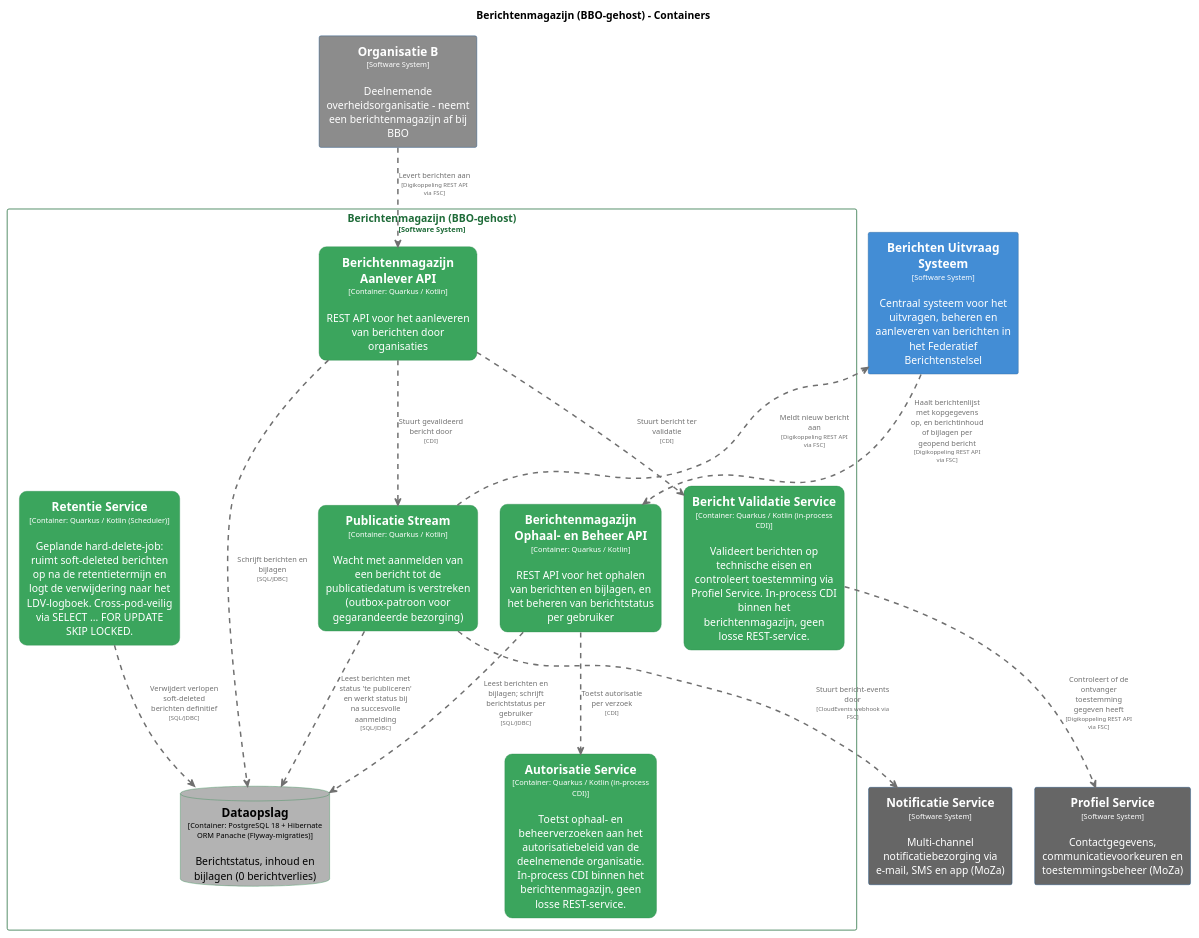
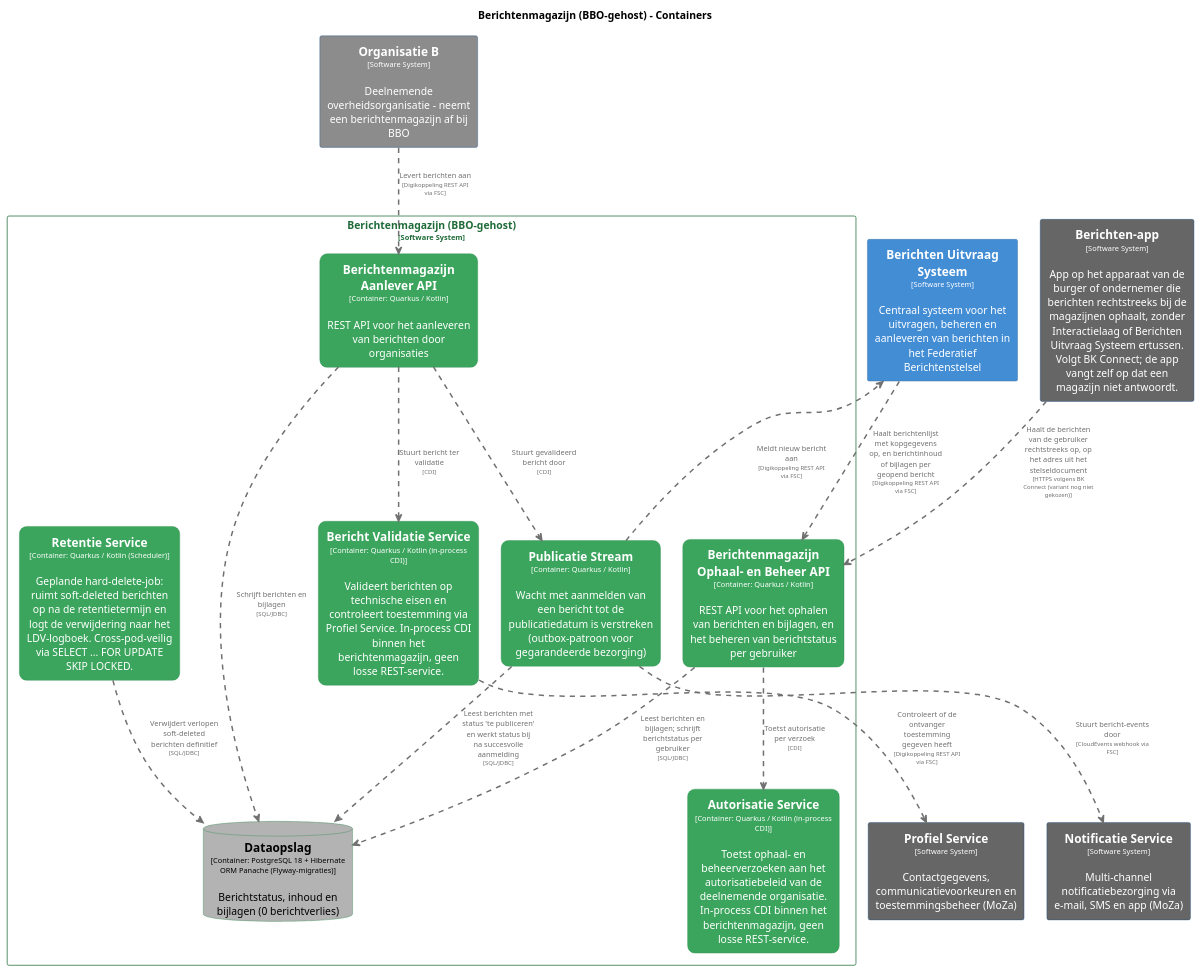
Before and after one commit to MinBZK/moza-poc-fbs-berichtenbox: the diagram in master/puml/BerichtenmagazijnContainers.puml, drawn with PlantUML. The commit also changed 84 other files, not shown here.

```diff
--- a/master/puml/BerichtenmagazijnContainers.puml
+++ b/master/puml/BerichtenmagazijnContainers.puml
@@ -1,123 +1,131 @@
 @startuml
 set separator none
 title Berichtenmagazijn (BBO-gehost) - Containers
 
 top to bottom direction
 skinparam ranksep 60
 skinparam nodesep 30
 
 skinparam {
   arrowFontSize 10
   defaultTextAlignment center
   wrapWidth 200
   maxMessageSize 100
 }
 
 hide stereotype
 
 skinparam rectangle<<BerichtenmagazijnBBOgehost.AutorisatieService>> {
   BackgroundColor #3ba55d
   FontColor #ffffff
   BorderColor #2d8a4e
   roundCorner 20
   shadowing false
 }
 skinparam rectangle<<BerichtenmagazijnBBOgehost.BerichtValidatieService>> {
   BackgroundColor #3ba55d
   FontColor #ffffff
   BorderColor #2d8a4e
   roundCorner 20
   shadowing false
 }
 skinparam rectangle<<BerichtenUitvraagSysteem>> {
   BackgroundColor #438dd5
   FontColor #ffffff
   BorderColor #2e6295
+  shadowing false
+}
+skinparam rectangle<<Berichtenapp>> {
+  BackgroundColor #666666
+  FontColor #ffffff
+  BorderColor #0b4884
   shadowing false
 }
 skinparam rectangle<<BerichtenmagazijnBBOgehost.BerichtenmagazijnAanleverAPI>> {
   BackgroundColor #3ba55d
   FontColor #ffffff
   BorderColor #2d8a4e
   roundCorner 20
   shadowing false
 }
 skinparam rectangle<<BerichtenmagazijnBBOgehost.BerichtenmagazijnOphaalenBeheerAPI>> {
   BackgroundColor #3ba55d
   FontColor #ffffff
   BorderColor #2d8a4e
   roundCorner 20
   shadowing false
 }
 skinparam database<<BerichtenmagazijnBBOgehost.Dataopslag>> {
   BackgroundColor #b3b3b3
   FontColor #000000
   BorderColor #2d8a4e
   shadowing false
 }
 skinparam rectangle<<NotificatieService>> {
   BackgroundColor #666666
   FontColor #ffffff
   BorderColor #0b4884
   shadowing false
 }
 skinparam rectangle<<OrganisatieB>> {
   BackgroundColor #8c8c8c
   FontColor #ffffff
   BorderColor #0b4884
   shadowing false
 }
 skinparam rectangle<<ProfielService>> {
   BackgroundColor #666666
   FontColor #ffffff
   BorderColor #0b4884
   shadowing false
 }
 skinparam rectangle<<BerichtenmagazijnBBOgehost.PublicatieStream>> {
   BackgroundColor #3ba55d
   FontColor #ffffff
   BorderColor #2d8a4e
   roundCorner 20
   shadowing false
 }
 skinparam rectangle<<BerichtenmagazijnBBOgehost.RetentieService>> {
   BackgroundColor #3ba55d
   FontColor #ffffff
   BorderColor #2d8a4e
   roundCorner 20
   shadowing false
 }
 skinparam rectangle<<BerichtenmagazijnBBOgehost>> {
   BorderColor #1e6b38
   FontColor #1e6b38
   shadowing false
 }
 
 rectangle "==Profiel Service\n<size:10>[Software System]</size>\n\nContactgegevens, communicatievoorkeuren en toestemmingsbeheer (MoZa)" <<ProfielService>> as ProfielService
 rectangle "==Notificatie Service\n<size:10>[Software System]</size>\n\nMulti-channel notificatiebezorging via e-mail, SMS en app (MoZa)" <<NotificatieService>> as NotificatieService
 rectangle "==Organisatie B\n<size:10>[Software System]</size>\n\nDeelnemende overheidsorganisatie - neemt een berichtenmagazijn af bij BBO" <<OrganisatieB>> as OrganisatieB
 rectangle "==Berichten Uitvraag Systeem\n<size:10>[Software System]</size>\n\nCentraal systeem voor het uitvragen, beheren en aanleveren van berichten in het Federatief Berichtenstelsel" <<BerichtenUitvraagSysteem>> as BerichtenUitvraagSysteem
+rectangle "==Berichten-app\n<size:10>[Software System]</size>\n\nApp op het apparaat van de burger of ondernemer die berichten rechtstreeks bij de magazijnen ophaalt, zonder Interactielaag of Berichten Uitvraag Systeem ertussen. Volgt BK Connect; de app vangt zelf op dat een magazijn niet antwoordt." <<Berichtenapp>> as Berichtenapp
 
 rectangle "Berichtenmagazijn (BBO-gehost)\n<size:10>[Software System]</size>" <<BerichtenmagazijnBBOgehost>> {
   rectangle "==Berichtenmagazijn Ophaal- en Beheer API\n<size:10>[Container: Quarkus / Kotlin]</size>\n\nREST API voor het ophalen van berichten en bijlagen, en het beheren van berichtstatus per gebruiker" <<BerichtenmagazijnBBOgehost.BerichtenmagazijnOphaalenBeheerAPI>> as BerichtenmagazijnBBOgehost.BerichtenmagazijnOphaalenBeheerAPI
   rectangle "==Berichtenmagazijn Aanlever API\n<size:10>[Container: Quarkus / Kotlin]</size>\n\nREST API voor het aanleveren van berichten door organisaties" <<BerichtenmagazijnBBOgehost.BerichtenmagazijnAanleverAPI>> as BerichtenmagazijnBBOgehost.BerichtenmagazijnAanleverAPI
   database "==Dataopslag\n<size:10>[Container: PostgreSQL 18 + Hibernate ORM Panache (Flyway-migraties)]</size>\n\nBerichtstatus, inhoud en bijlagen (0 berichtverlies)" <<BerichtenmagazijnBBOgehost.Dataopslag>> as BerichtenmagazijnBBOgehost.Dataopslag
   rectangle "==Bericht Validatie Service\n<size:10>[Container: Quarkus / Kotlin (in-process CDI)]</size>\n\nValideert berichten op technische eisen en controleert toestemming via Profiel Service. In-process CDI binnen het berichtenmagazijn, geen losse REST-service." <<BerichtenmagazijnBBOgehost.BerichtValidatieService>> as BerichtenmagazijnBBOgehost.BerichtValidatieService
   rectangle "==Publicatie Stream\n<size:10>[Container: Quarkus / Kotlin]</size>\n\nWacht met aanmelden van een bericht tot de publicatiedatum is verstreken (outbox-patroon voor gegarandeerde bezorging)" <<BerichtenmagazijnBBOgehost.PublicatieStream>> as BerichtenmagazijnBBOgehost.PublicatieStream
   rectangle "==Autorisatie Service\n<size:10>[Container: Quarkus / Kotlin (in-process CDI)]</size>\n\nToetst ophaal- en beheerverzoeken aan het autorisatiebeleid van de deelnemende organisatie. In-process CDI binnen het berichtenmagazijn, geen losse REST-service." <<BerichtenmagazijnBBOgehost.AutorisatieService>> as BerichtenmagazijnBBOgehost.AutorisatieService
   rectangle "==Retentie Service\n<size:10>[Container: Quarkus / Kotlin (Scheduler)]</size>\n\nGeplande hard-delete-job: ruimt soft-deleted berichten op na de retentietermijn en logt de verwijdering naar het LDV-logboek. Cross-pod-veilig via SELECT ... FOR UPDATE SKIP LOCKED." <<BerichtenmagazijnBBOgehost.RetentieService>> as BerichtenmagazijnBBOgehost.RetentieService
 }
 
+Berichtenapp .[#707070,thickness=2].> BerichtenmagazijnBBOgehost.BerichtenmagazijnOphaalenBeheerAPI : "<color:#707070>Haalt de berichten van de gebruiker rechtstreeks op, op het adres uit het stelseldocument\n<color:#707070><size:8>[HTTPS volgens BK Connect (variant nog niet gekozen)]</size>"
 BerichtenUitvraagSysteem .[#707070,thickness=2].> BerichtenmagazijnBBOgehost.BerichtenmagazijnOphaalenBeheerAPI : "<color:#707070>Haalt berichtenlijst met kopgegevens op, en berichtinhoud of bijlagen per geopend bericht\n<color:#707070><size:8>[Digikoppeling REST API via FSC]</size>"
 BerichtenmagazijnBBOgehost.PublicatieStream .[#707070,thickness=2].> BerichtenUitvraagSysteem : "<color:#707070>Meldt nieuw bericht aan\n<color:#707070><size:8>[Digikoppeling REST API via FSC]</size>"
 BerichtenmagazijnBBOgehost.PublicatieStream .[#707070,thickness=2].> NotificatieService : "<color:#707070>Stuurt bericht-events door\n<color:#707070><size:8>[CloudEvents webhook via FSC]</size>"
 OrganisatieB .[#707070,thickness=2].> BerichtenmagazijnBBOgehost.BerichtenmagazijnAanleverAPI : "<color:#707070>Levert berichten aan\n<color:#707070><size:8>[Digikoppeling REST API via FSC]</size>"
 BerichtenmagazijnBBOgehost.BerichtValidatieService .[#707070,thickness=2].> ProfielService : "<color:#707070>Controleert of de ontvanger toestemming gegeven heeft\n<color:#707070><size:8>[Digikoppeling REST API via FSC]</size>"
 BerichtenmagazijnBBOgehost.BerichtenmagazijnOphaalenBeheerAPI .[#707070,thickness=2].> BerichtenmagazijnBBOgehost.Dataopslag : "<color:#707070>Leest berichten en bijlagen; schrijft berichtstatus per gebruiker\n<color:#707070><size:8>[SQL/JDBC]</size>"
 BerichtenmagazijnBBOgehost.BerichtenmagazijnAanleverAPI .[#707070,thickness=2].> BerichtenmagazijnBBOgehost.Dataopslag : "<color:#707070>Schrijft berichten en bijlagen\n<color:#707070><size:8>[SQL/JDBC]</size>"
 BerichtenmagazijnBBOgehost.BerichtenmagazijnAanleverAPI .[#707070,thickness=2].> BerichtenmagazijnBBOgehost.BerichtValidatieService : "<color:#707070>Stuurt bericht ter validatie\n<color:#707070><size:8>[CDI]</size>"
 BerichtenmagazijnBBOgehost.BerichtenmagazijnAanleverAPI .[#707070,thickness=2].> BerichtenmagazijnBBOgehost.PublicatieStream : "<color:#707070>Stuurt gevalideerd bericht door\n<color:#707070><size:8>[CDI]</size>"
 BerichtenmagazijnBBOgehost.PublicatieStream .[#707070,thickness=2].> BerichtenmagazijnBBOgehost.Dataopslag : "<color:#707070>Leest berichten met status 'te publiceren' en werkt status bij na succesvolle aanmelding\n<color:#707070><size:8>[SQL/JDBC]</size>"
 BerichtenmagazijnBBOgehost.BerichtenmagazijnOphaalenBeheerAPI .[#707070,thickness=2].> BerichtenmagazijnBBOgehost.AutorisatieService : "<color:#707070>Toetst autorisatie per verzoek\n<color:#707070><size:8>[CDI]</size>"
 BerichtenmagazijnBBOgehost.RetentieService .[#707070,thickness=2].> BerichtenmagazijnBBOgehost.Dataopslag : "<color:#707070>Verwijdert verlopen soft-deleted berichten definitief\n<color:#707070><size:8>[SQL/JDBC]</size>"
 @enduml
```
